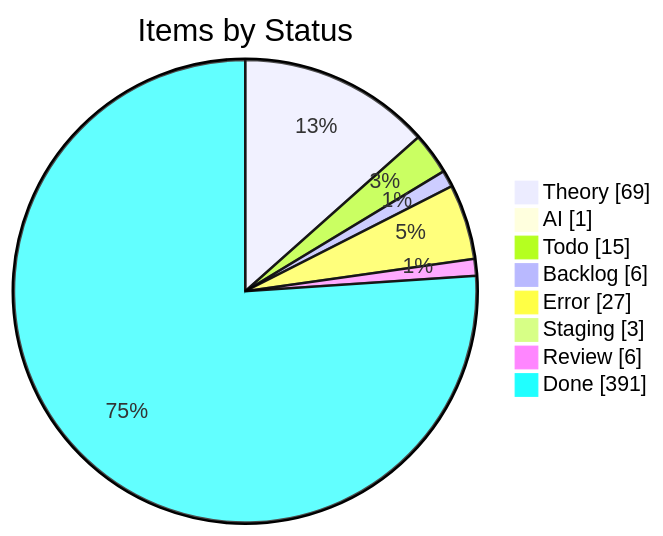
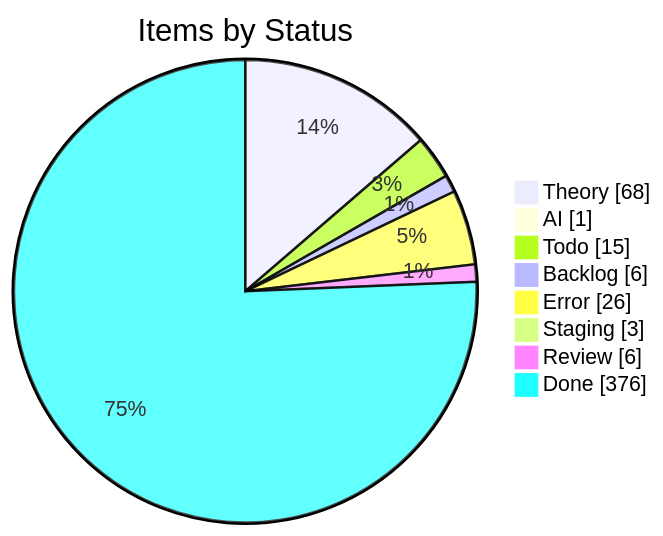
Before and after one commit to KBVE/kbve: the first of 4 diagrams in apps/kbve/astro-kbve/src/content/docs/dashboard/kanban-data.mdx, drawn with Mermaid. The commit also changed other lines of this file and 8 other files, not shown here.

````diff
--- a/apps/kbve/astro-kbve/src/content/docs/dashboard/kanban-data.mdx
+++ b/apps/kbve/astro-kbve/src/content/docs/dashboard/kanban-data.mdx
@@ -55,12 +55,12 @@
 ```mermaid
 pie showData
     title Items by Status
-    "Theory" : 69
+    "Theory" : 68
     "AI" : 1
     "Todo" : 15
     "Backlog" : 6
-    "Error" : 27
+    "Error" : 26
     "Staging" : 3
     "Review" : 6
-    "Done" : 391
+    "Done" : 376
 ```
````
